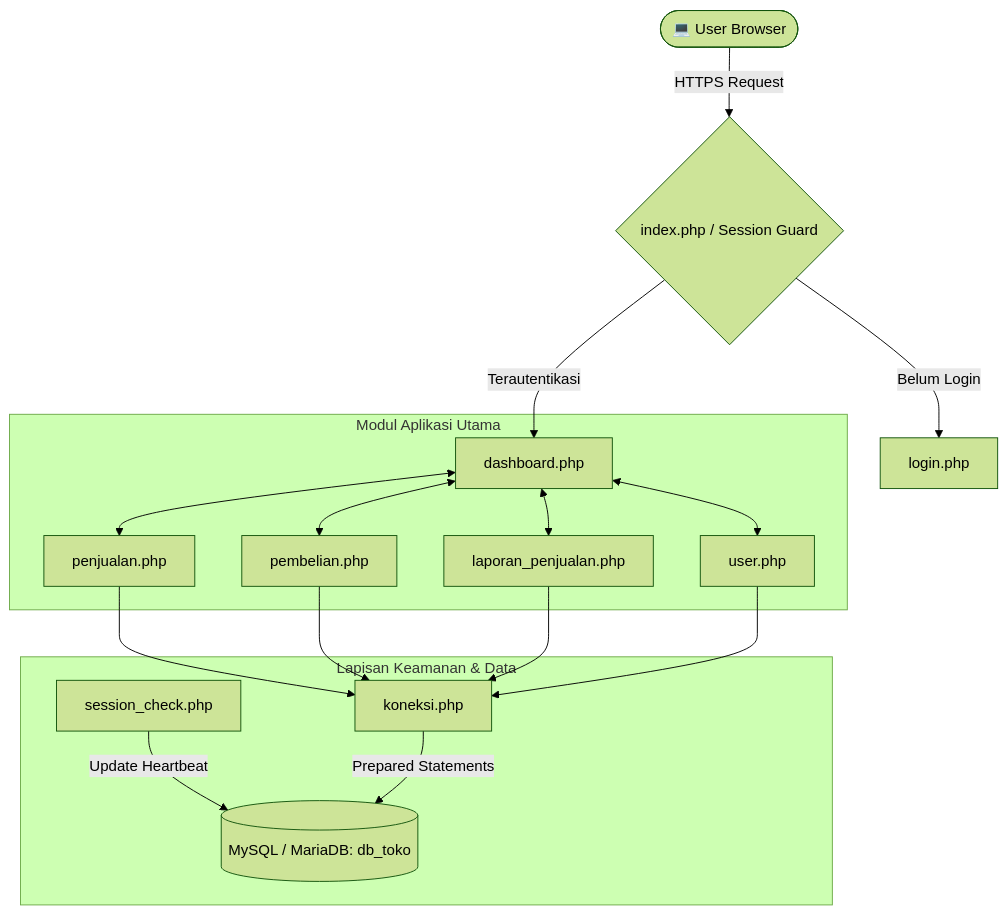
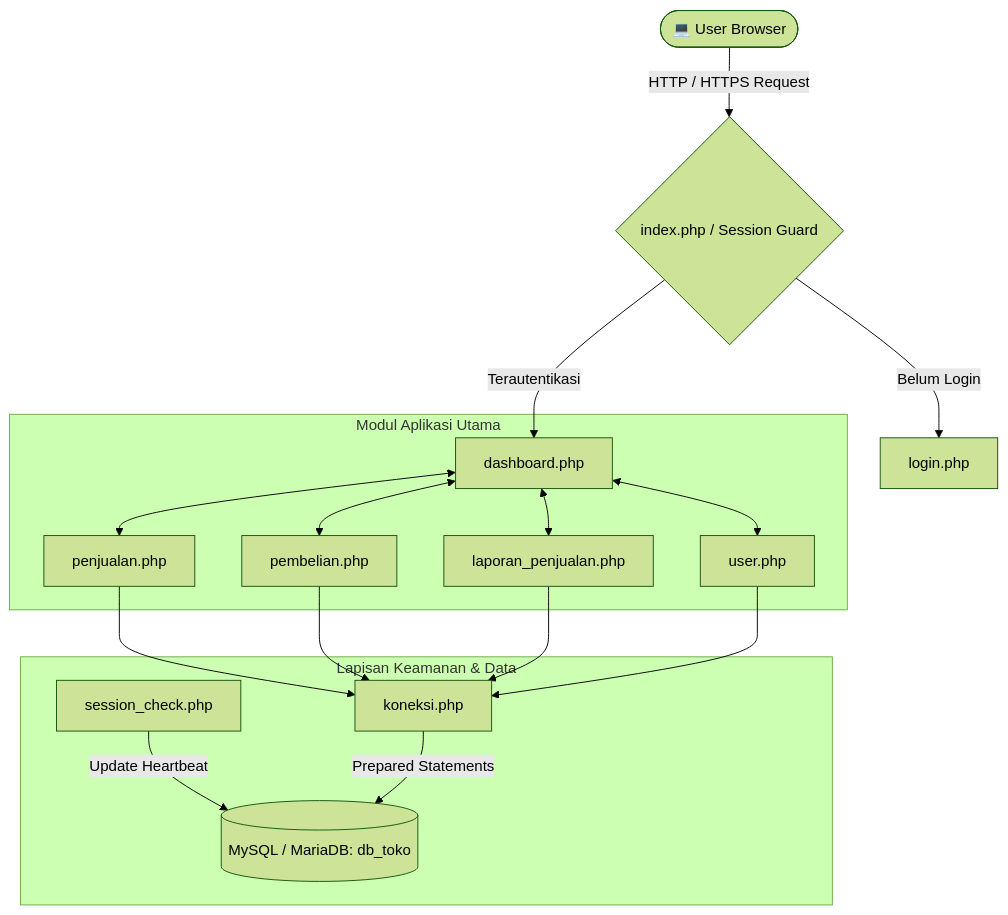
Before and after one commit to winanda150/phone-store-crud: the first of 2 diagrams in README.md, drawn with Mermaid (forest theme). The commit also changed other lines of this file and 2002 other files, not shown here.

````diff
--- a/README.md
+++ b/README.md
@@ -94,22 +94,22 @@
 ```mermaid
 graph TD
-    Client([💻 User Browser]) -->|HTTPS Request| Router{index.php / Session Guard}
+    Client([💻 User Browser]) -->|HTTP / HTTPS Request| Router{index.php / Session Guard}
     Router -->|Belum Login| Login[login.php]
     Router -->|Terautentikasi| Dashboard[dashboard.php]
     
     subgraph "Modul Aplikasi Utama"
         Dashboard <--> ModSales[penjualan.php]
         Dashboard <--> ModPurchases[pembelian.php]
         Dashboard <--> ModReports[laporan_penjualan.php]
         Dashboard <--> ModUsers[user.php]
     end
     
     subgraph "Lapisan Keamanan & Data"
         SessionCheck[session_check.php] -->|Update Heartbeat| DB[(MySQL / MariaDB: db_toko)]
         Koneksi[koneksi.php] -->|Prepared Statements| DB
         ModSales --> Koneksi
         ModPurchases --> Koneksi
         ModReports --> Koneksi
         ModUsers --> Koneksi
     end
 ```
````
